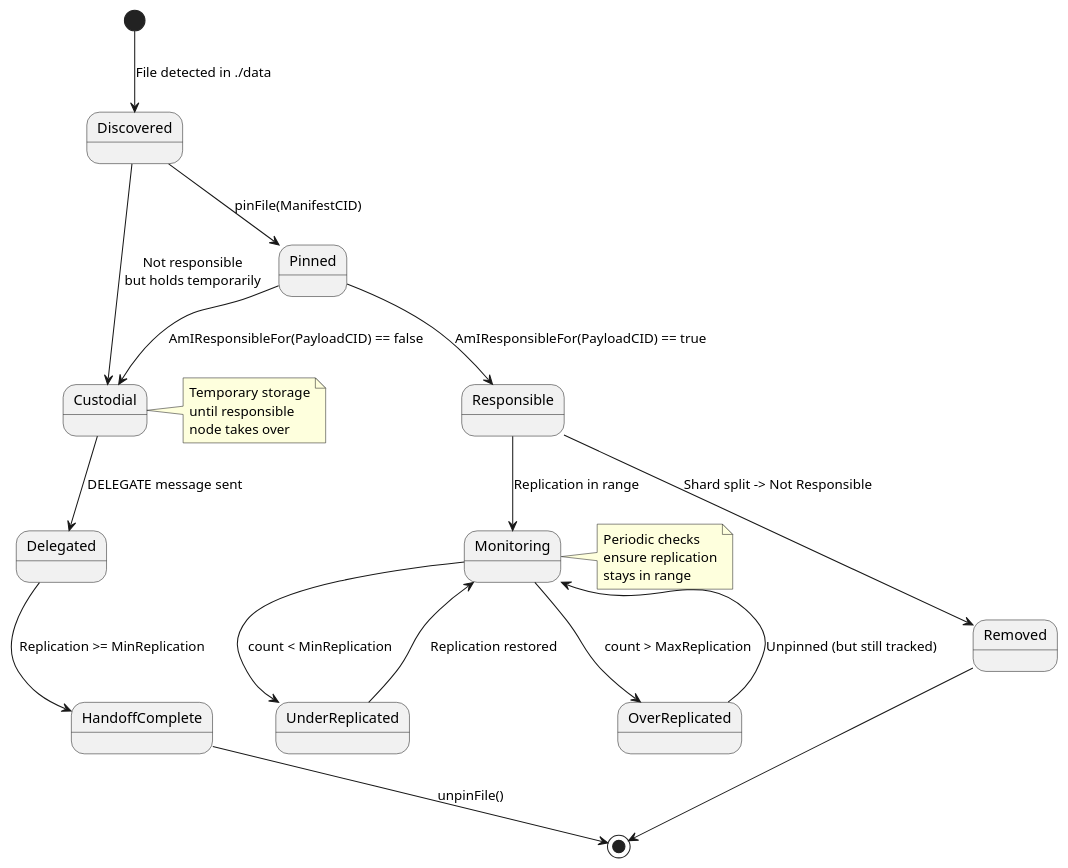
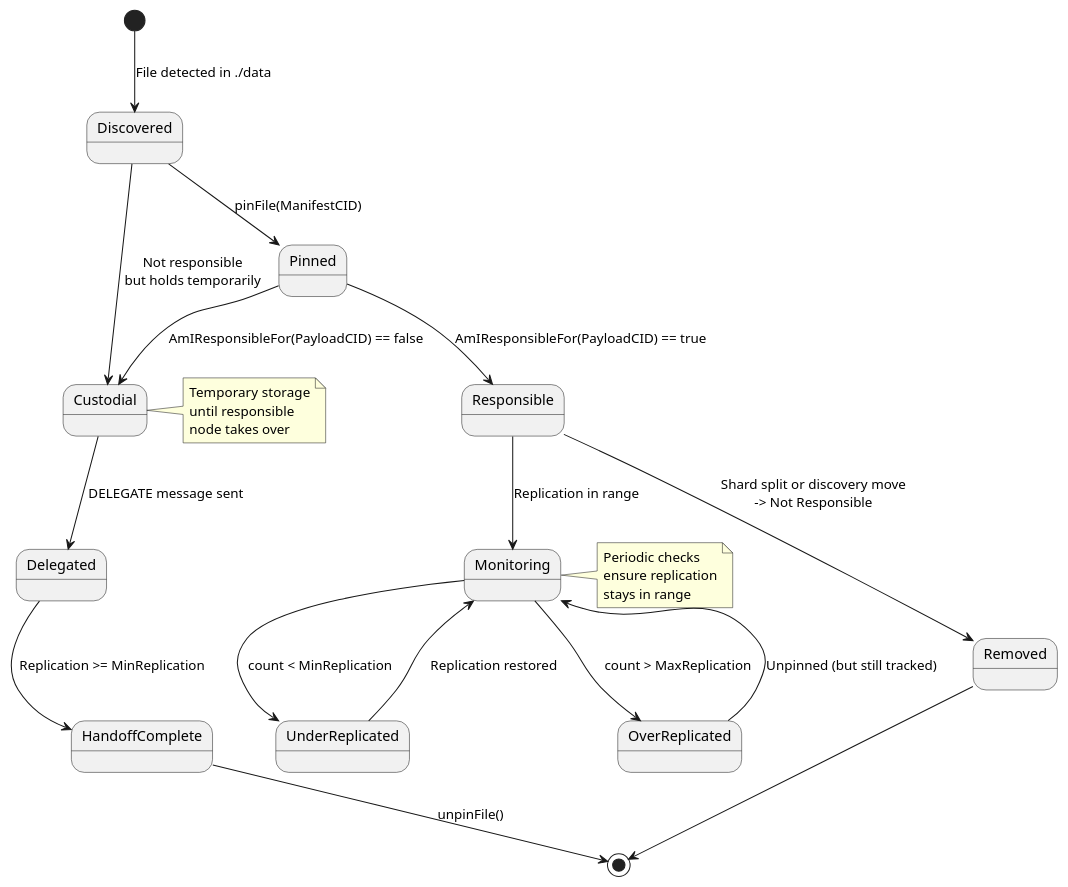
Before and after one commit to gipplab/D-LOCKSS: the diagram in docs/file_lifecycle_state.puml, drawn with PlantUML. The commit also changed 58 other files, not shown here.

```diff
--- a/docs/file_lifecycle_state.puml
+++ b/docs/file_lifecycle_state.puml
@@ -1,37 +1,37 @@
 @startuml File Lifecycle State Diagram
 
 [*] --> Discovered: File detected in ./data
 
 Discovered --> Pinned: pinFile(ManifestCID)
 Discovered --> Custodial: Not responsible\nbut holds temporarily
 
 Pinned --> Responsible: AmIResponsibleFor(PayloadCID) == true
 Pinned --> Custodial: AmIResponsibleFor(PayloadCID) == false
 
 Custodial --> Delegated: DELEGATE message sent
 Delegated --> HandoffComplete: Replication >= MinReplication
 HandoffComplete --> [*]: unpinFile()
 
 Responsible --> Monitoring: Replication in range
 Monitoring --> UnderReplicated: count < MinReplication
 Monitoring --> OverReplicated: count > MaxReplication
 
 UnderReplicated --> Monitoring: Replication restored
 OverReplicated --> Monitoring: Unpinned (but still tracked)
 
-Responsible --> Removed: Shard split -> Not Responsible
+Responsible --> Removed: Shard split or discovery move\n-> Not Responsible
 Removed --> [*]
 
 note right of Custodial
     Temporary storage
     until responsible
     node takes over
 end note
 
 note right of Monitoring
     Periodic checks
     ensure replication
     stays in range
 end note
 
 @enduml
```
